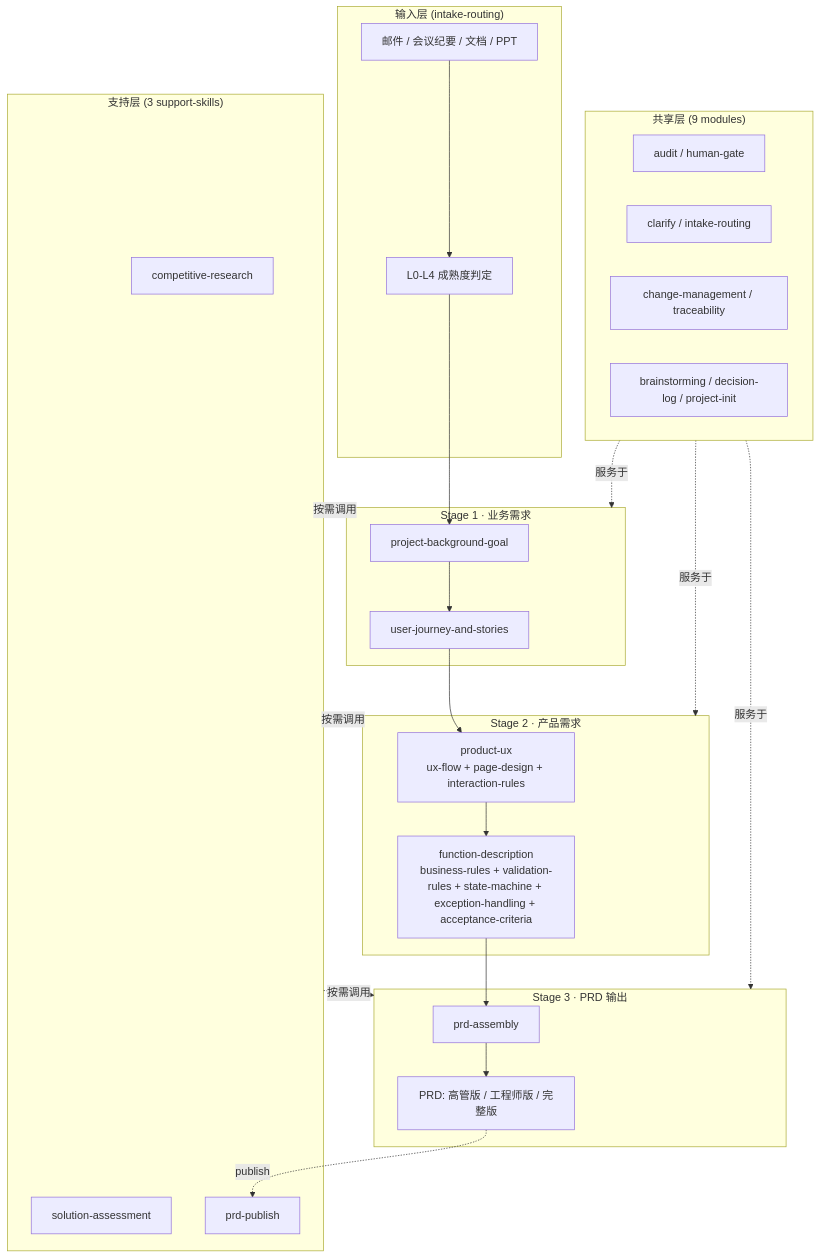
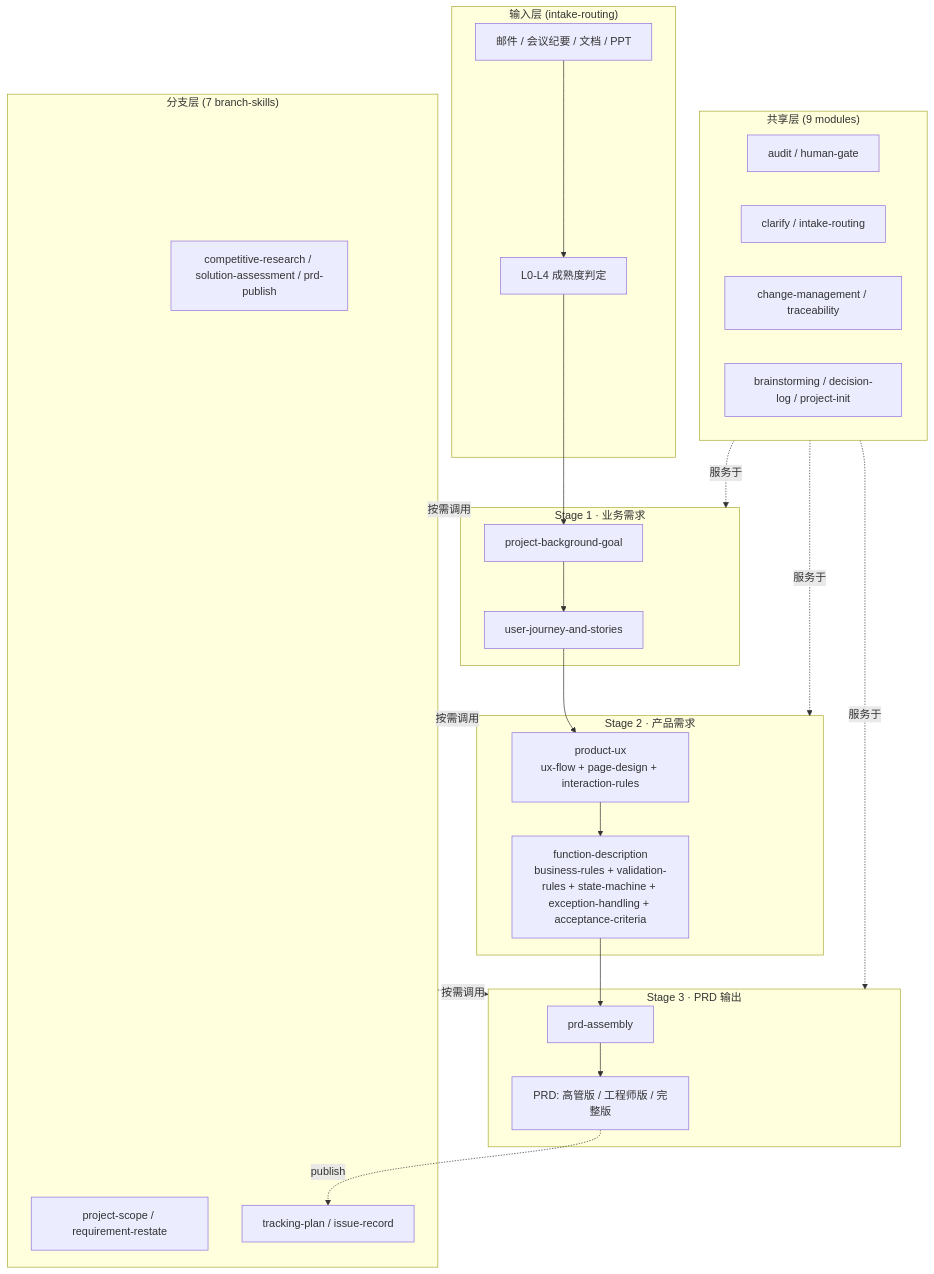
The diagram in docs/ARCHITECTURE.md (konwait12/pm-scaffold), drawn with Mermaid before and after one commit. The commit also changed other lines of this file and 10 other files, not shown here.

````diff
--- a/docs/ARCHITECTURE.md
+++ b/docs/ARCHITECTURE.md
@@ -11,49 +11,49 @@
 ```mermaid
 flowchart TB
     subgraph I["输入层 (intake-routing)"]
         I1["邮件 / 会议纪要 / 文档 / PPT"]
         I2["L0-L4 成熟度判定"]
     end
 
     subgraph S1["Stage 1 · 业务需求"]
         A1["project-background-goal"]
         A2["user-journey-and-stories"]
     end
 
     subgraph S2["Stage 2 · 产品需求"]
         B1["product-ux<br/>ux-flow + page-design + interaction-rules"]
         B2["function-description<br/>business-rules + validation-rules + state-machine + exception-handling + acceptance-criteria"]
     end
 
     subgraph S3["Stage 3 · PRD 输出"]
         C1["prd-assembly"]
         C2["PRD: 高管版 / 工程师版 / 完整版"]
     end
 
     subgraph SH["共享层 (9 modules)"]
         SH1["audit / human-gate"]
         SH2["clarify / intake-routing"]
         SH3["change-management / traceability"]
         SH4["brainstorming / decision-log / project-init"]
     end
 
-    subgraph SU["支持层 (3 support-skills)"]
-        SU1["competitive-research"]
-        SU2["solution-assessment"]
-        SU3["prd-publish"]
+    subgraph SU["分支层 (7 branch-skills)"]
+        SU1["competitive-research / solution-assessment / prd-publish"]
+        SU2["project-scope / requirement-restate"]
+        SU3["tracking-plan / issue-record"]
     end
 
     I1 --> I2 --> A1
     A1 --> A2
     A2 --> B1
     B1 --> B2
     B2 --> C1
     C1 --> C2
     C2 -. publish .-> SU3
     SH -.服务于.-> S1
     SH -.服务于.-> S2
     SH -.服务于.-> S3
     SU -.按需调用.-> S1
     SU -.按需调用.-> S2
     SU -.按需调用.-> S3
 ```
````
